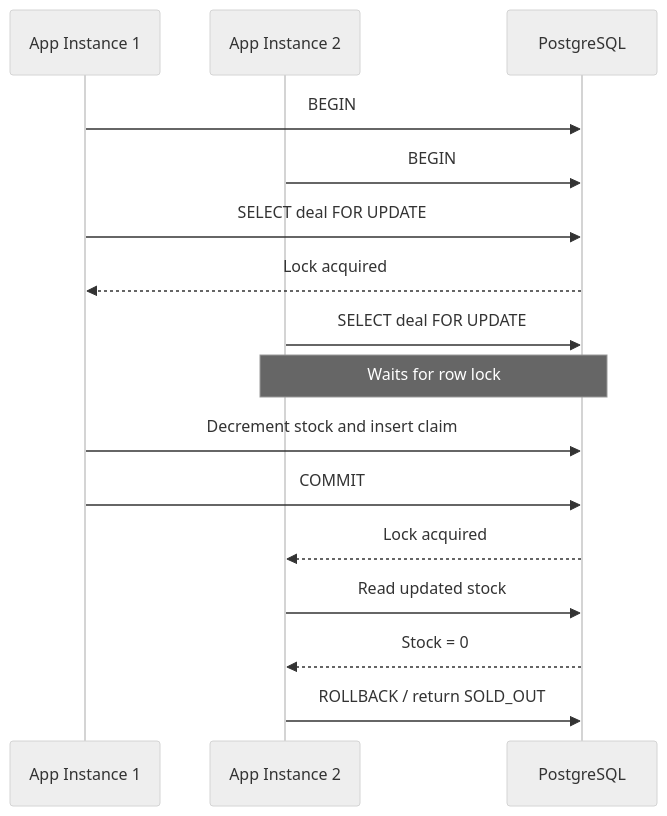
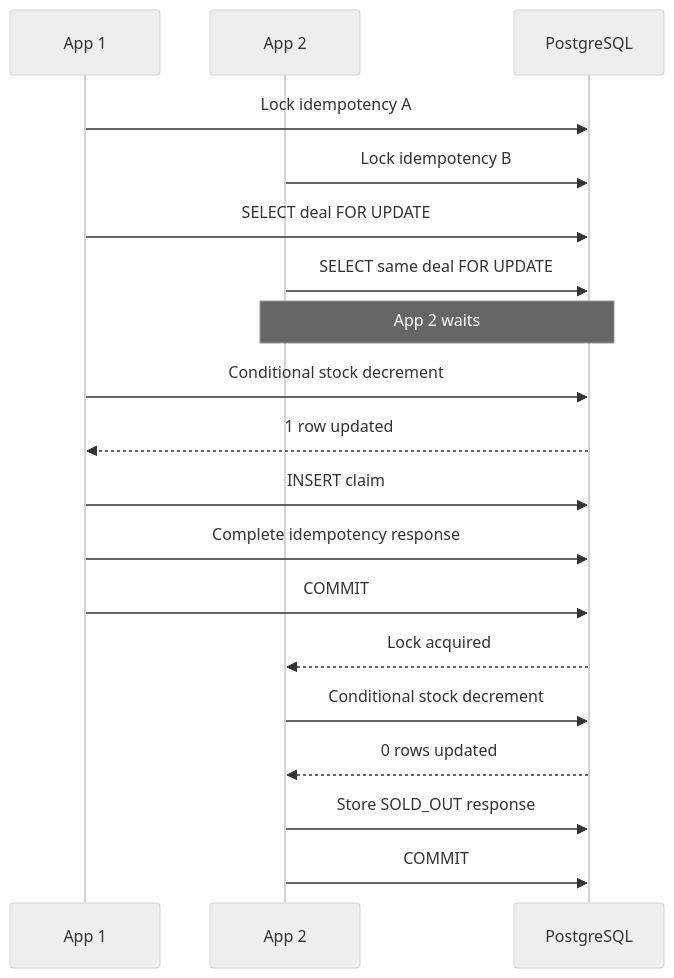
The first of 3 diagrams in DESIGN.md (komallsingh/flash-deal), drawn with Mermaid (neutral theme) before and after one commit. The commit also changed other lines of this file, not shown here.

````diff
--- a/DESIGN.md
+++ b/DESIGN.md
@@ -18,19 +23,22 @@
 ```mermaid
 sequenceDiagram
-    participant A as App Instance 1
-    participant B as App Instance 2
+    participant A as App 1
+    participant B as App 2
     participant DB as PostgreSQL
 
-    A->>DB: BEGIN
-    B->>DB: BEGIN
+    A->>DB: Lock idempotency A
+    B->>DB: Lock idempotency B
     A->>DB: SELECT deal FOR UPDATE
-    DB-->>A: Lock acquired
-    B->>DB: SELECT deal FOR UPDATE
-    Note over B,DB: Waits for row lock
-    A->>DB: Decrement stock and insert claim
+    B->>DB: SELECT same deal FOR UPDATE
+    Note over B,DB: App 2 waits
+    A->>DB: Conditional stock decrement
+    DB-->>A: 1 row updated
+    A->>DB: INSERT claim
+    A->>DB: Complete idempotency response
     A->>DB: COMMIT
     DB-->>B: Lock acquired
-    B->>DB: Read updated stock
-    DB-->>B: Stock = 0
-    B->>DB: ROLLBACK / return SOLD_OUT
+    B->>DB: Conditional stock decrement
+    DB-->>B: 0 rows updated
+    B->>DB: Store SOLD_OUT response
+    B->>DB: COMMIT
 ```
````
